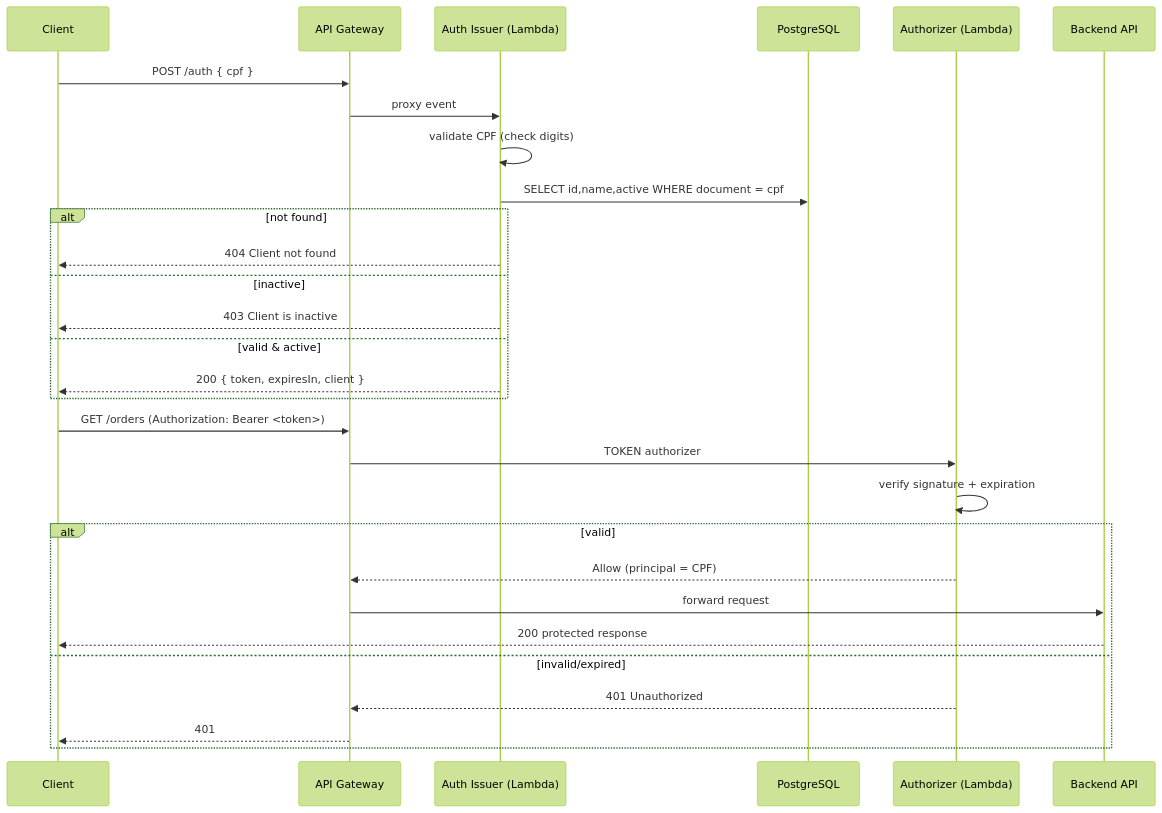
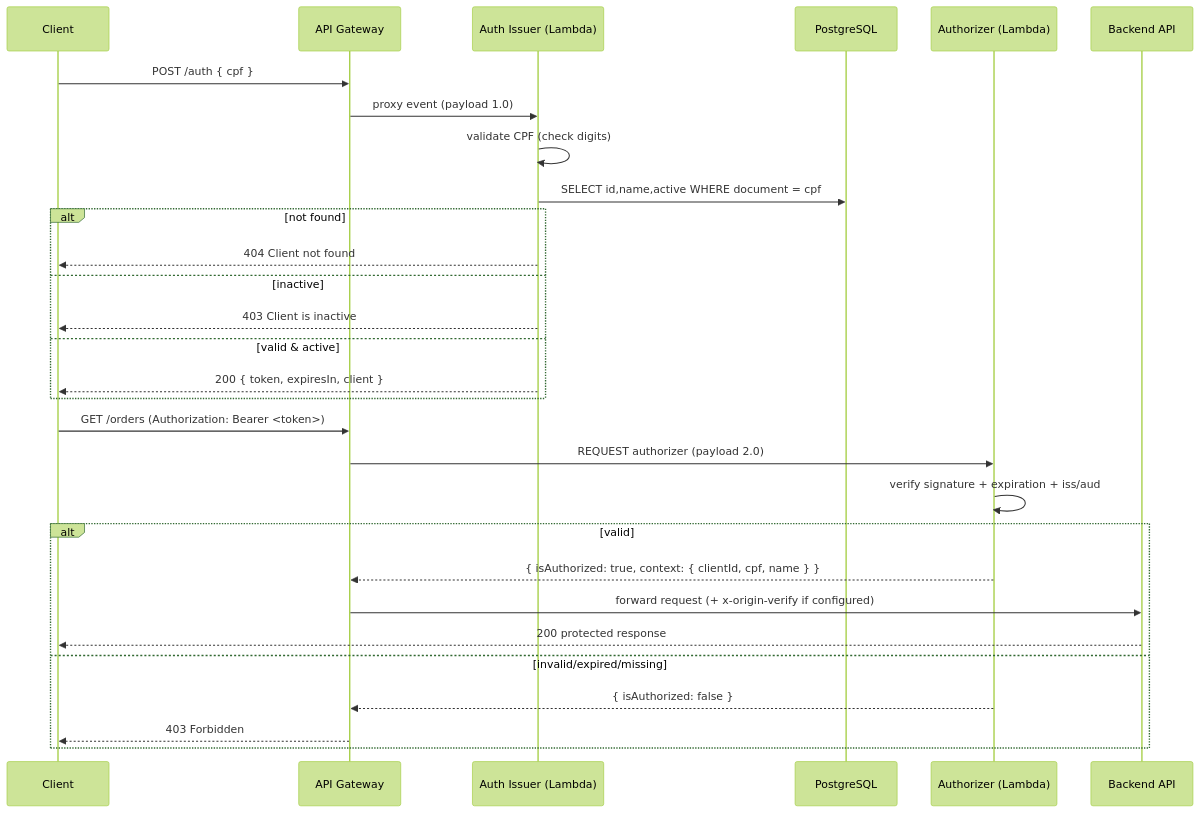
The second of 2 diagrams in README.md (TechChallenge-Software-Architetute/os-management-lambda), drawn with Mermaid (forest theme) before and after one commit. The commit also changed other lines of this file and 17 other files, not shown here.

````diff
--- a/README.md
+++ b/README.md
@@ -68,33 +94,33 @@
 ```mermaid
 sequenceDiagram
     participant C as Client
     participant G as API Gateway
     participant I as Auth Issuer (Lambda)
     participant D as PostgreSQL
     participant Z as Authorizer (Lambda)
     participant B as Backend API
 
     C->>G: POST /auth { cpf }
-    G->>I: proxy event
+    G->>I: proxy event (payload 1.0)
     I->>I: validate CPF (check digits)
     I->>D: SELECT id,name,active WHERE document = cpf
     alt not found
         I-->>C: 404 Client not found
     else inactive
         I-->>C: 403 Client is inactive
     else valid & active
         I-->>C: 200 { token, expiresIn, client }
     end
 
     C->>G: GET /orders (Authorization: Bearer <token>)
-    G->>Z: TOKEN authorizer
-    Z->>Z: verify signature + expiration
+    G->>Z: REQUEST authorizer (payload 2.0)
+    Z->>Z: verify signature + expiration + iss/aud
     alt valid
-        Z-->>G: Allow (principal = CPF)
-        G->>B: forward request
+        Z-->>G: { isAuthorized: true, context: { clientId, cpf, name } }
+        G->>B: forward request (+ x-origin-verify if configured)
         B-->>C: 200 protected response
-    else invalid/expired
-        Z-->>G: 401 Unauthorized
-        G-->>C: 401
+    else invalid/expired/missing
+        Z-->>G: { isAuthorized: false }
+        G-->>C: 403 Forbidden
     end
 ```
````
